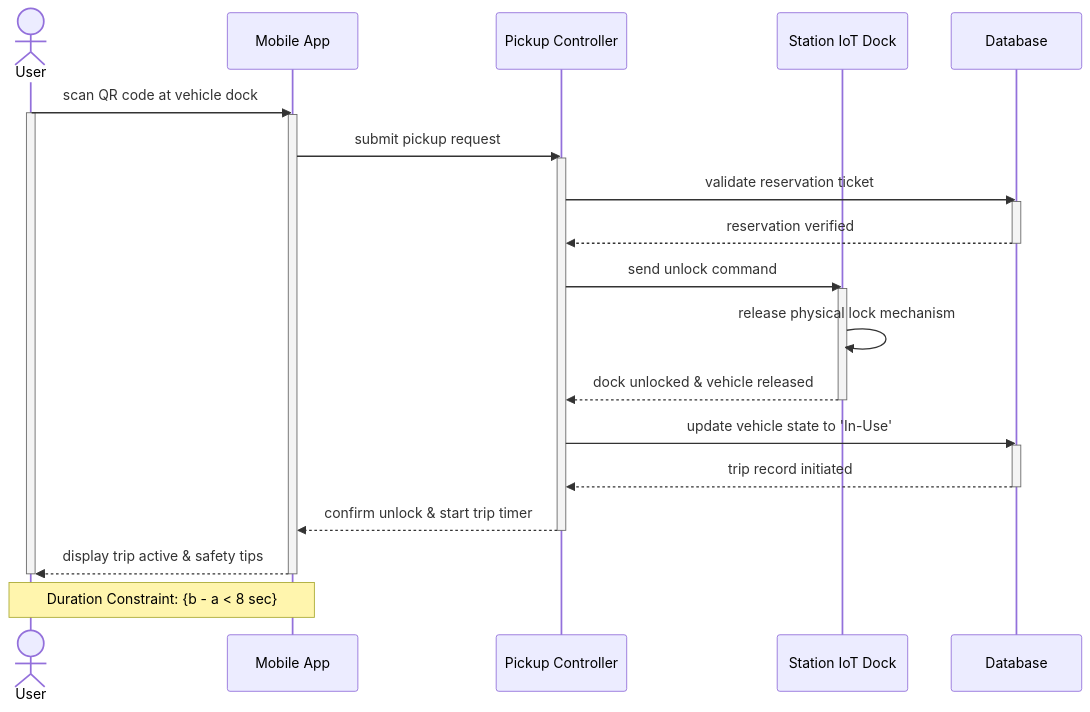
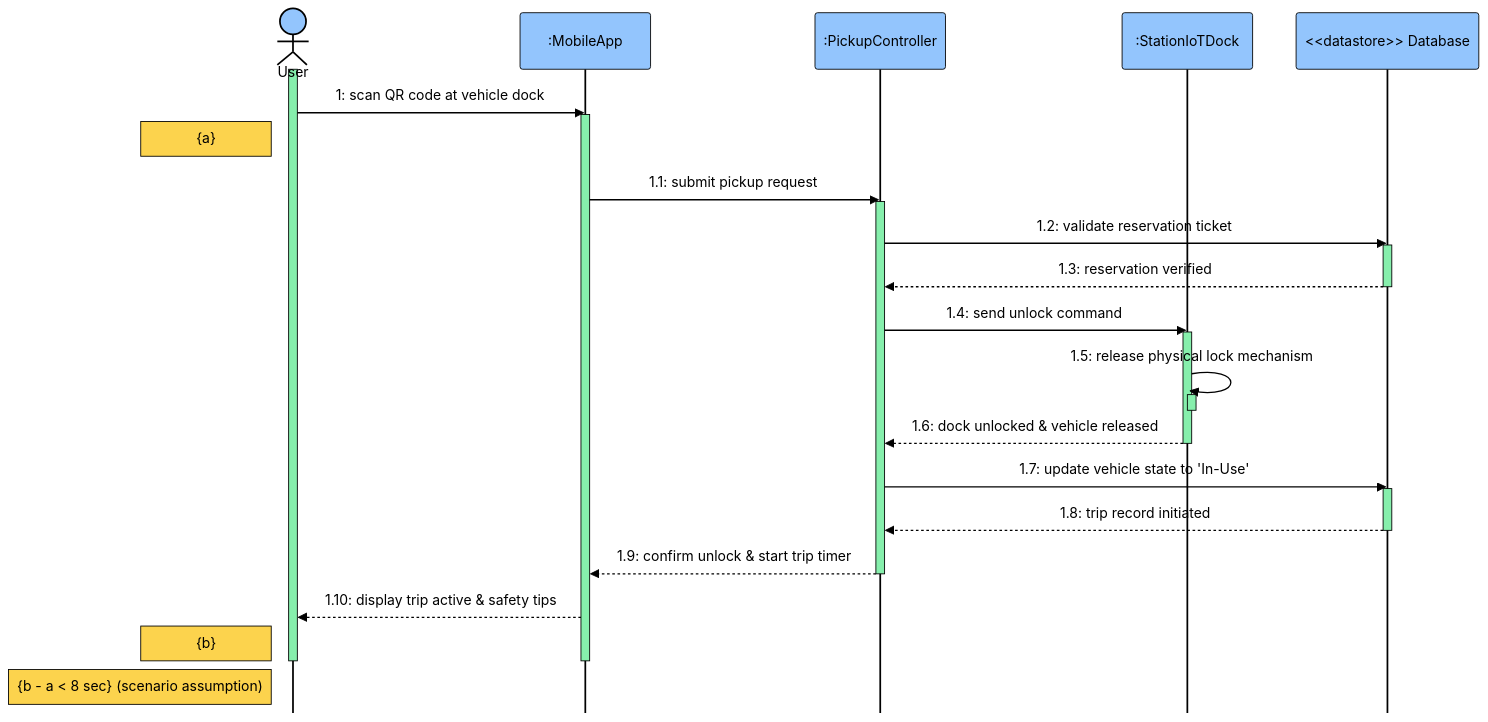
Before and after one commit to YdtTran/software-engineerning: the fourth of 14 diagrams in 01_Diagram/02_Sequence_Diagram/PLANTUML_SEQUENCE.md, drawn with Mermaid. The commit also changed other lines of this file and 217 other files, not shown here.

````diff
--- a/01_Diagram/02_Sequence_Diagram/PLANTUML_SEQUENCE.md
+++ b/01_Diagram/02_Sequence_Diagram/PLANTUML_SEQUENCE.md
@@ -174,33 +192,37 @@
 ```mermaid
-sequenceDiagram
-    actor User as User
-    participant App as Mobile App
-    participant Ctrl as Pickup Controller
-    participant Dock as Station IoT Dock
-    participant DB as Database
-
-    User->>App: scan QR code at vehicle dock
-    activate User
-    activate App
-    App->>Ctrl: submit pickup request
-    activate Ctrl
-    Ctrl->>DB: validate reservation ticket
-    activate DB
-    DB-->>Ctrl: reservation verified
-    deactivate DB
-    Ctrl->>Dock: send unlock command
-    activate Dock
-    Dock->>Dock: release physical lock mechanism
-    Dock-->>Ctrl: dock unlocked & vehicle released
-    deactivate Dock
-    Ctrl->>DB: update vehicle state to 'In-Use'
-    activate DB
-    DB-->>Ctrl: trip record initiated
-    deactivate DB
-    Ctrl-->>App: confirm unlock & start trip timer
-    deactivate Ctrl
-    App-->>User: display trip active & safety tips
-    deactivate App
-    deactivate User
-    Note over User,App: Duration Constraint: {b - a < 8 sec}
+%%{init: {"theme":"base","fontFamily":"Segoe UI","themeVariables":{"fontSize":"16px","textColor":"#000000","primaryTextColor":"#000000","actorTextColor":"#000000","signalTextColor":"#000000","noteTextColor":"#000000","labelTextColor":"#000000","loopTextColor":"#000000","actorBkg":"#93c5fd","actorBorder":"#000000","activationBkgColor":"#86efac","activationBorderColor":"#000000","noteBkgColor":"#fcd34d","noteBorderColor":"#000000","labelBoxBorderColor":"#000000","labelBoxBkgColor":"#93c5fd","background":"#ffffff"},"sequence":{"actorFontSize":18,"messageFontSize":16,"noteFontSize":14,"mirrorActors":false}}}%%
+    sequenceDiagram
+        actor P0 as User
+        participant P1 as :MobileApp
+        participant P2 as :PickupController
+        participant P3 as :StationIoTDock
+        participant P4 as <<datastore>> Database
+    activate P0
+    P0->>P1: 1: scan QR code at vehicle dock
+    activate P1
+    Note left of P0: {a}
+    P1->>P2: 1.1: submit pickup request
+    activate P2
+    P2->>P4: 1.2: validate reservation ticket
+    activate P4
+    P4-->>P2: 1.3: reservation verified
+    deactivate P4
+    P2->>P3: 1.4: send unlock command
+    activate P3
+    P3->>P3: 1.5: release physical lock mechanism
+    activate P3
+    deactivate P3
+    P3-->>P2: 1.6: dock unlocked & vehicle released
+    deactivate P3
+    P2->>P4: 1.7: update vehicle state to 'In-Use'
+    activate P4
+    P4-->>P2: 1.8: trip record initiated
+    deactivate P4
+    P2-->>P1: 1.9: confirm unlock & start trip timer
+    deactivate P2
+    P1-->>P0: 1.10: display trip active & safety tips
+    Note left of P0: {b}
+    deactivate P0
+    deactivate P1
+    Note left of P0: {b - a < 8 sec} (scenario assumption)
 ```
````
